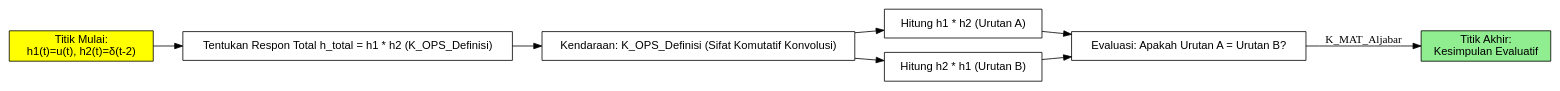
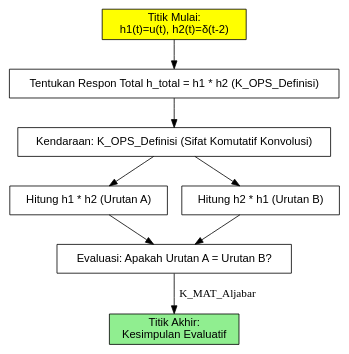
One commit to EL2007-SinyalSistem/EL2007-KMS-Publik changed the fourth of 7 diagrams in kuliah/materi_5.qmd. Above: the diagram before and after it, drawn with Graphviz. The commit also changed other lines of this file and 4 other files, not shown here.

````diff
--- a/kuliah/materi_5.qmd
+++ b/kuliah/materi_5.qmd
@@ -280,22 +280,22 @@
-```dot
+```{dot}
 digraph PMA_WK5_CV_L5_P07 {
-    rankdir=LR;
+    rankdir=TD;
     node [shape=box, fontname="Helvetica"];
     
     A [label="Titik Mulai:\nh1(t)=u(t), h2(t)=δ(t-2)", style="filled", fillcolor="yellow"];
     B [label="Tentukan Respon Total h_total = h1 * h2 (K_OPS_Definisi)"];
     C [label="Kendaraan: K_OPS_Definisi (Sifat Komutatif Konvolusi)"];
     D [label="Hitung h1 * h2 (Urutan A)"];
     E [label="Hitung h2 * h1 (Urutan B)"];
     F [label="Evaluasi: Apakah Urutan A = Urutan B?"];
     G [label="Titik Akhir:\nKesimpulan Evaluatif", style="filled", fillcolor="lightgreen"];
     
     A -> B;
     B -> C;
     C -> D;
     C -> E;
     D -> F;
     E -> F;
     F -> G [label="K_MAT_Aljabar"];
 }
 ```
````
